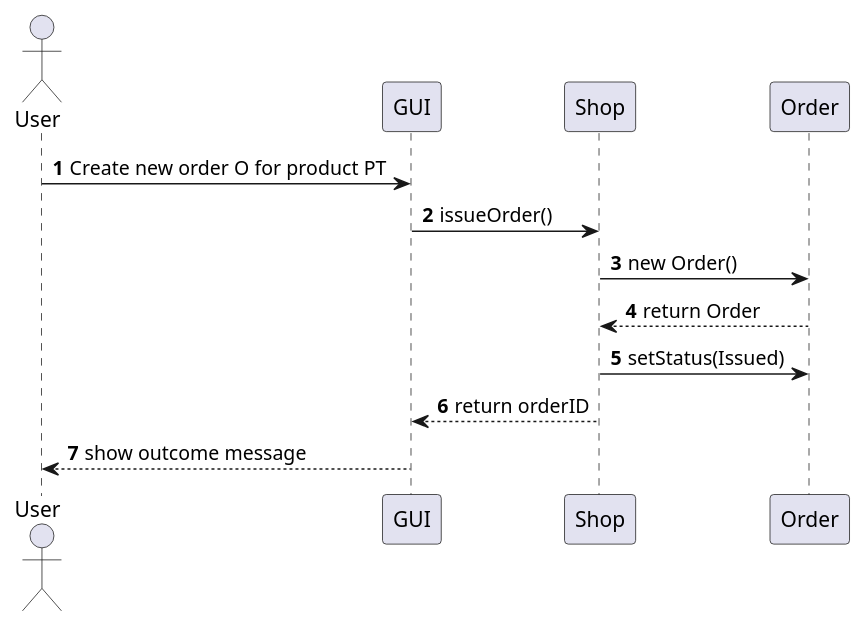
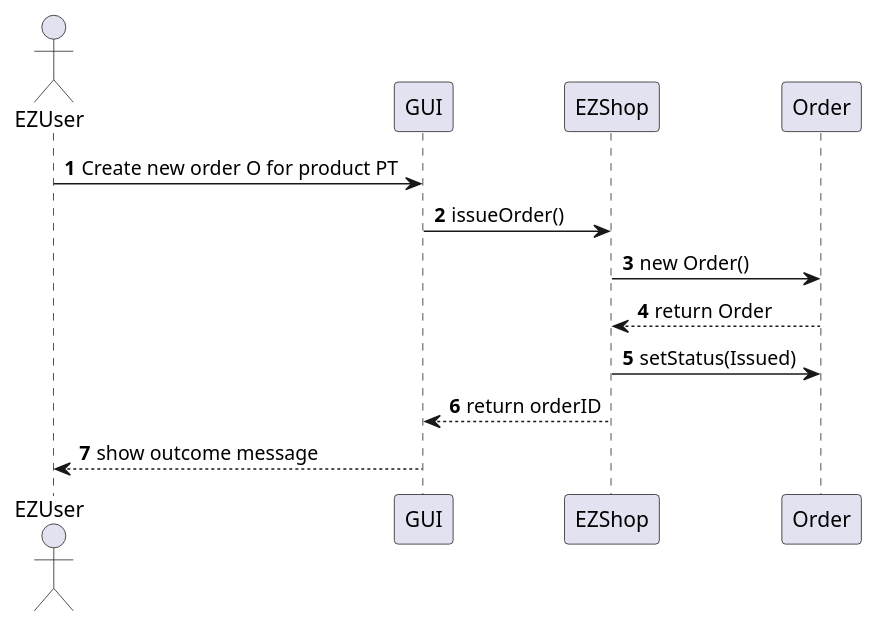
One commit to Stormz4/group20-EzShop changed the tenth of 24 diagrams in Deliverables/DesignDocument.md. Above: the diagram before and after it, drawn with PlantUML. The commit also changed other lines of this file and 3 other files, not shown here.

````diff
--- a/Deliverables/DesignDocument.md
+++ b/Deliverables/DesignDocument.md
@@ -508,13 +505,13 @@
 ```plantuml
 @startuml
-Actor User
+Actor EZUser
 autonumber
-User -> GUI: Create new order O for product PT
-GUI -> Shop: issueOrder()
-Shop -> Order: new Order()
-Order --> Shop: return Order
-Shop -> Order: setStatus(Issued)
-Shop --> GUI: return orderID
-GUI --> User: show outcome message
+EZUser -> GUI: Create new order O for product PT
+GUI -> EZShop: issueOrder()
+EZShop -> Order: new Order()
+Order --> EZShop: return Order
+EZShop -> Order: setStatus(Issued)
+EZShop --> GUI: return orderID
+GUI --> EZUser: show outcome message
 @enduml
 ```
````
